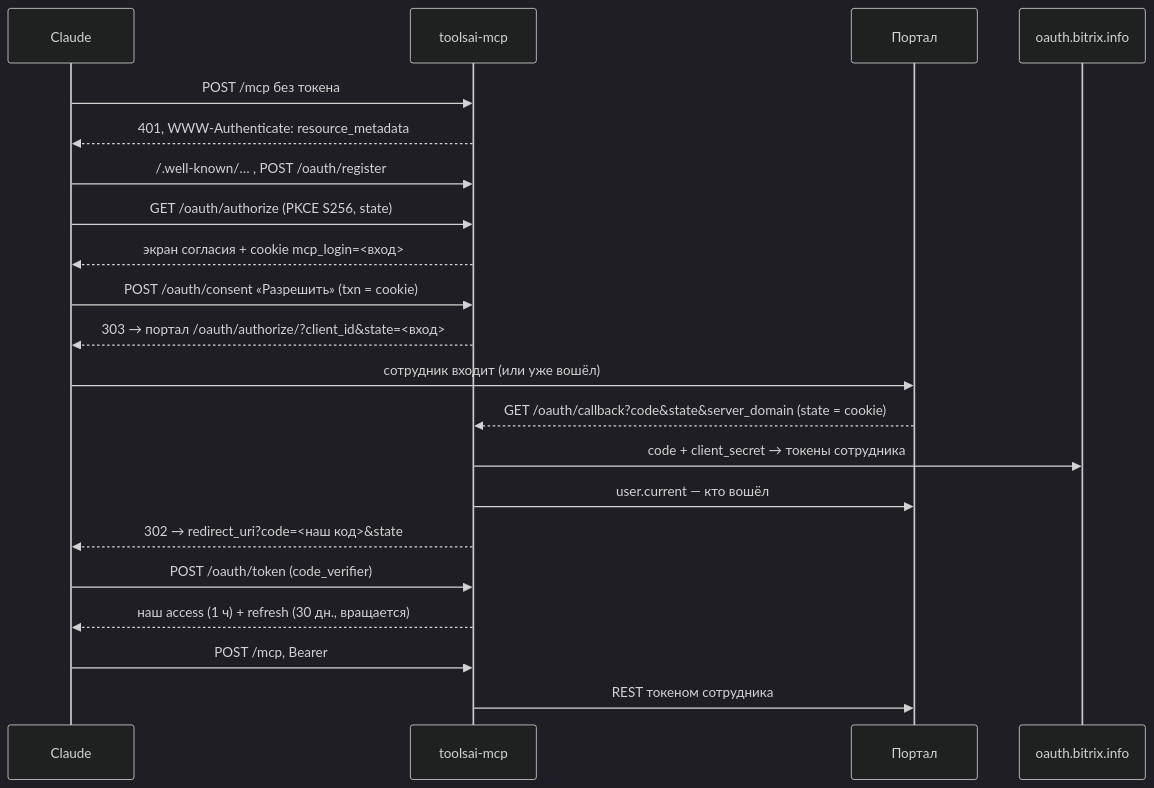
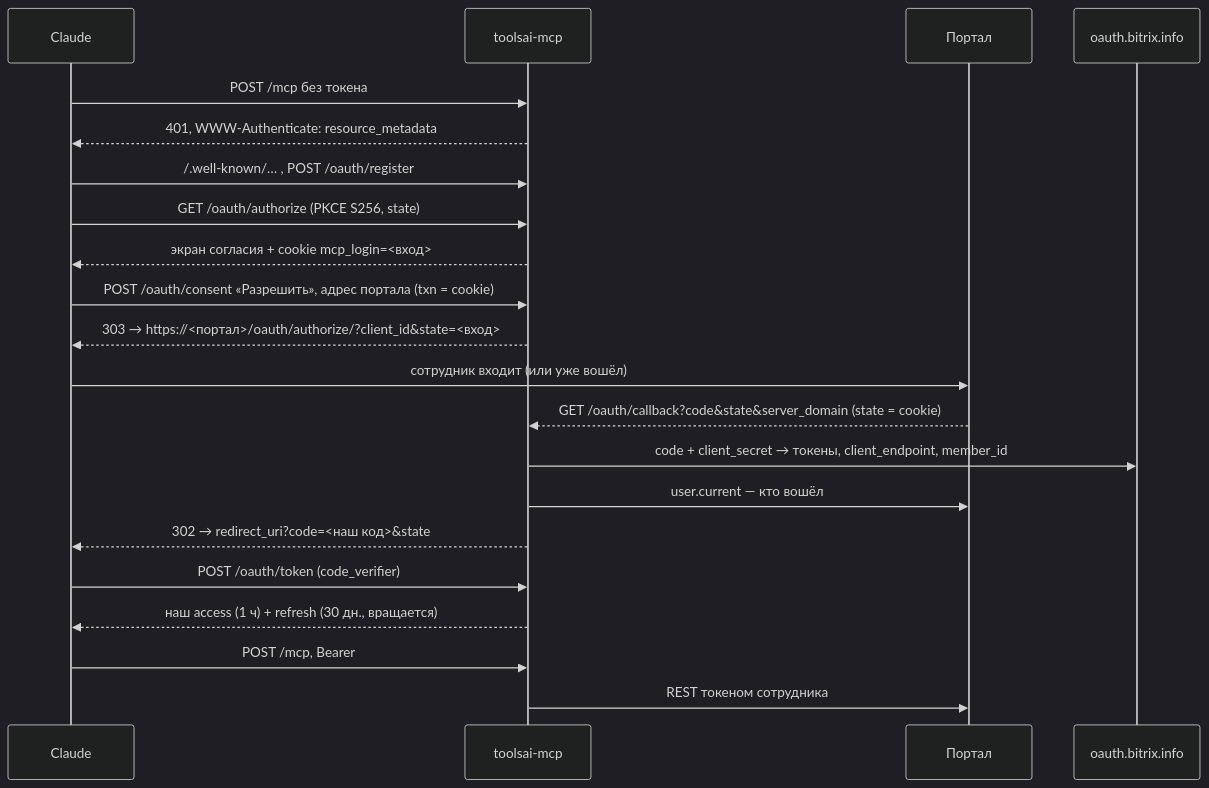
One commit to bx-shef/toolsai-mcp changed the diagram in docs/ARCHITECTURE.md. Above: the diagram before and after it, drawn with Mermaid (dark theme). The commit also changed other lines of this file and 20 other files, not shown here.

````diff
--- a/docs/ARCHITECTURE.md
+++ b/docs/ARCHITECTURE.md
@@ -18,23 +47,23 @@
 ```mermaid
 sequenceDiagram
   participant C as Claude
   participant M as toolsai-mcp
   participant P as Портал
   participant O as oauth.bitrix.info
   C->>M: POST /mcp без токена
   M-->>C: 401, WWW-Authenticate: resource_metadata
   C->>M: /.well-known/… , POST /oauth/register
   C->>M: GET /oauth/authorize (PKCE S256, state)
   M-->>C: экран согласия + cookie mcp_login=<вход>
-  C->>M: POST /oauth/consent «Разрешить» (txn = cookie)
-  M-->>C: 303 → портал /oauth/authorize/?client_id&state=<вход>
+  C->>M: POST /oauth/consent «Разрешить», адрес портала (txn = cookie)
+  M-->>C: 303 → https://<портал>/oauth/authorize/?client_id&state=<вход>
   C->>P: сотрудник входит (или уже вошёл)
   P-->>M: GET /oauth/callback?code&state&server_domain (state = cookie)
-  M->>O: code + client_secret → токены сотрудника
+  M->>O: code + client_secret → токены, client_endpoint, member_id
   M->>P: user.current — кто вошёл
   M-->>C: 302 → redirect_uri?code=<наш код>&state
   C->>M: POST /oauth/token (code_verifier)
   M-->>C: наш access (1 ч) + refresh (30 дн., вращается)
   C->>M: POST /mcp, Bearer
   M->>P: REST токеном сотрудника
 ```
````
